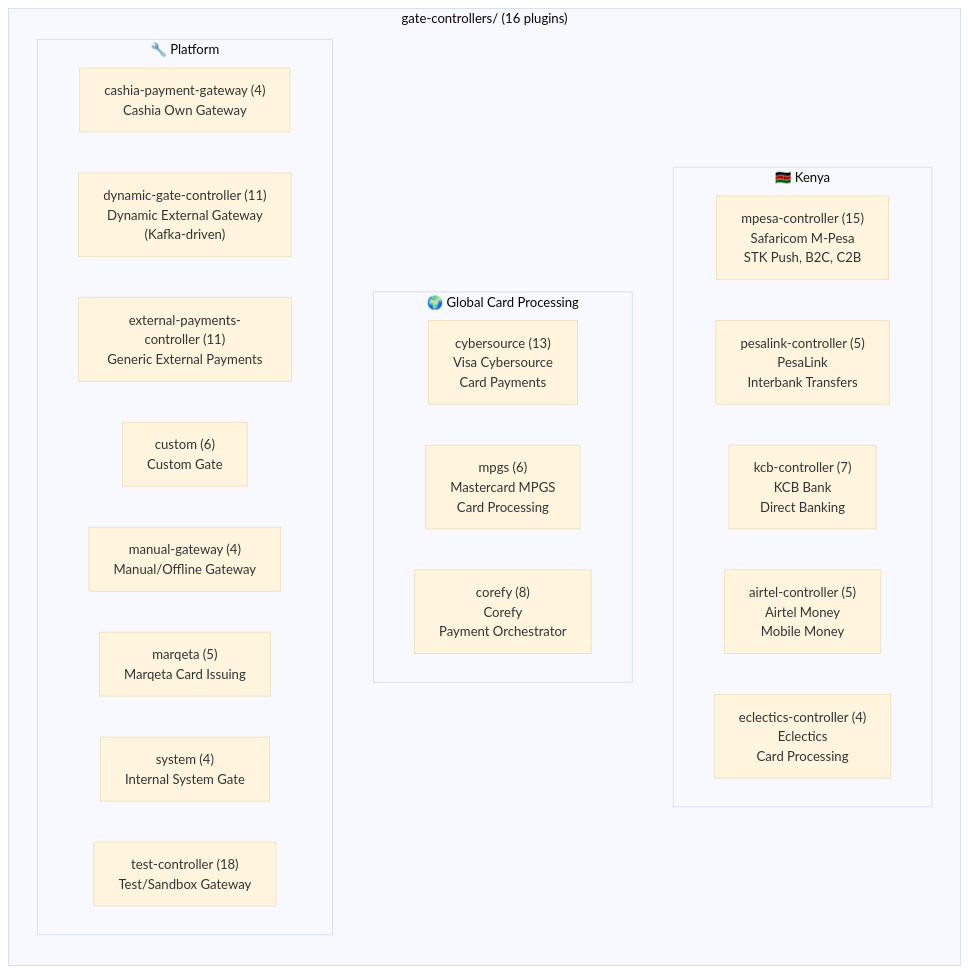
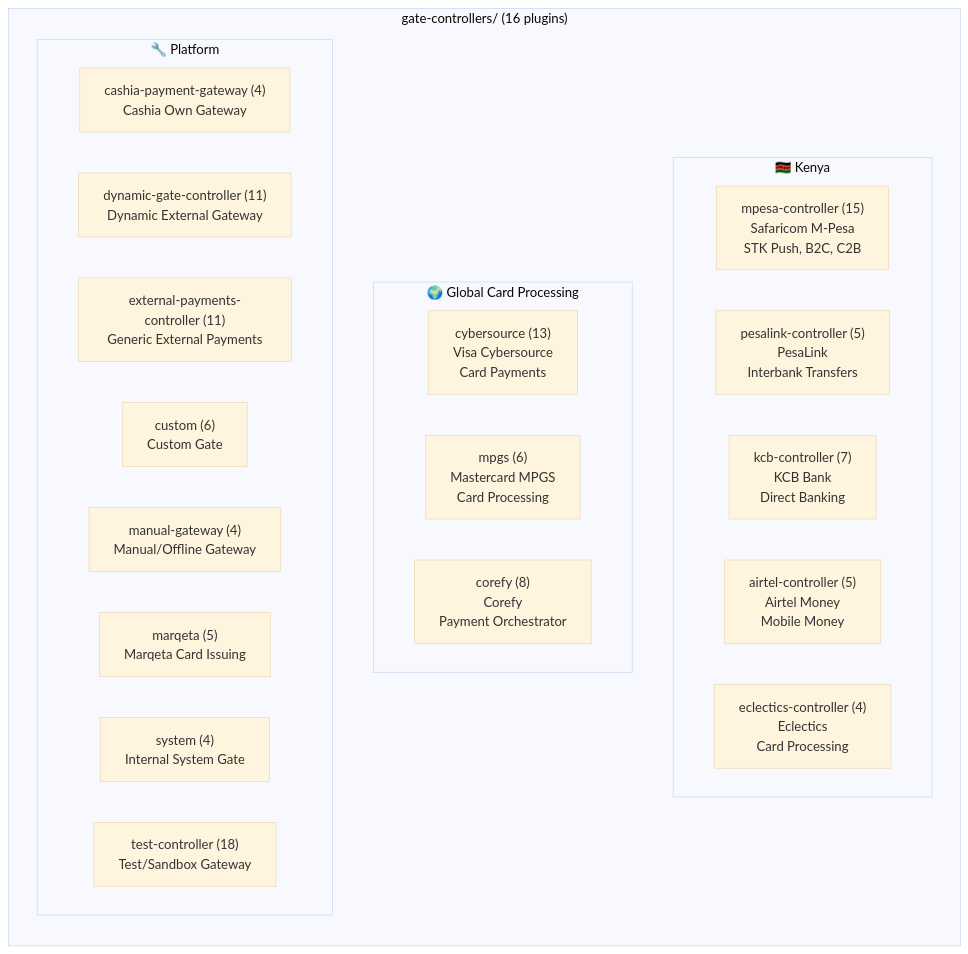
One commit to the-architechie/knowlege-transfer changed the third of 14 diagrams in walkthrough.md. Above: the diagram before and after it, drawn with Mermaid (base theme).

Commit message:
Fix formatting in platform subgraph in walkthrough.md

````diff
--- a/walkthrough.md
+++ b/walkthrough.md
@@ -124,31 +124,31 @@
 ```mermaid
 graph LR
     subgraph "gate-controllers/ (16 plugins)"
         direction TB
         
         subgraph "🇰🇪 Kenya"
             MPESA["mpesa-controller (15)<br/>Safaricom M-Pesa<br/>STK Push, B2C, C2B"]
             PESALINK["pesalink-controller (5)<br/>PesaLink<br/>Interbank Transfers"]
             KCB["kcb-controller (7)<br/>KCB Bank<br/>Direct Banking"]
             AIRTEL["airtel-controller (5)<br/>Airtel Money<br/>Mobile Money"]
             ECLECTICS["eclectics-controller (4)<br/>Eclectics<br/>Card Processing"]
         end
 
         subgraph "🌍 Global Card Processing"
             CYBERSOURCE["cybersource (13)<br/>Visa Cybersource<br/>Card Payments"]
             MPGS["mpgs (6)<br/>Mastercard MPGS<br/>Card Processing"]
             COREFY["corefy (8)<br/>Corefy<br/>Payment Orchestrator"]
         end
 
         subgraph "🔧 Platform"
             CASHIA_GW["cashia-payment-gateway (4)<br/>Cashia Own Gateway"]
-            DYNAMIC["dynamic-gate-controller (11)<br/>Dynamic External Gateway<br/>(Kafka-driven)"]
+            DYNAMIC["dynamic-gate-controller (11)<br/>Dynamic External Gateway<br/>"]
             EXT_PAY["external-payments-controller (11)<br/>Generic External Payments"]
             CUSTOM["custom (6)<br/>Custom Gate"]
             MANUAL["manual-gateway (4)<br/>Manual/Offline Gateway"]
             MARQETA_GC["marqeta (5)<br/>Marqeta Card Issuing"]
             SYSTEM["system (4)<br/>Internal System Gate"]
             TEST["test-controller (18)<br/>Test/Sandbox Gateway"]
         end
     end
 ```
````
